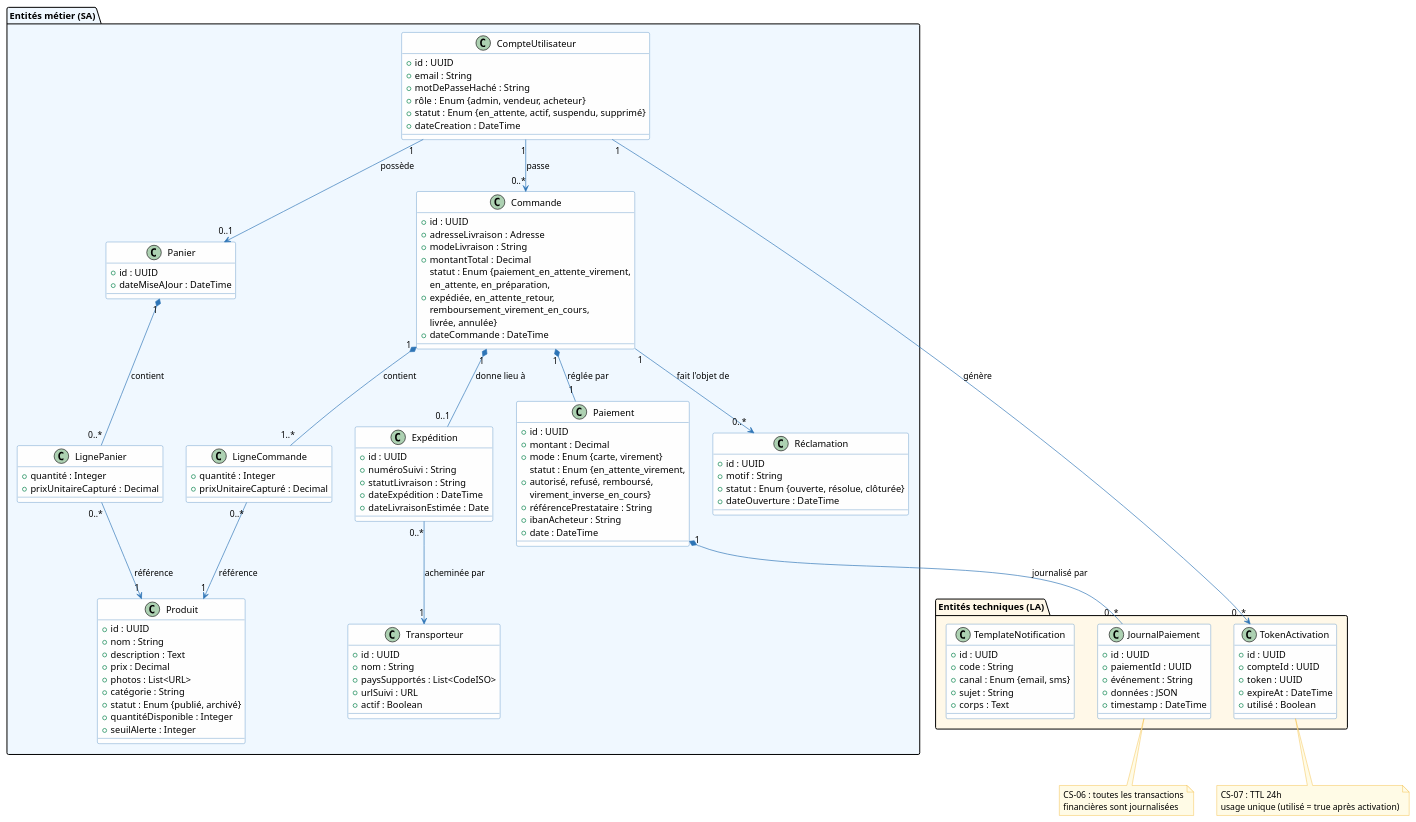
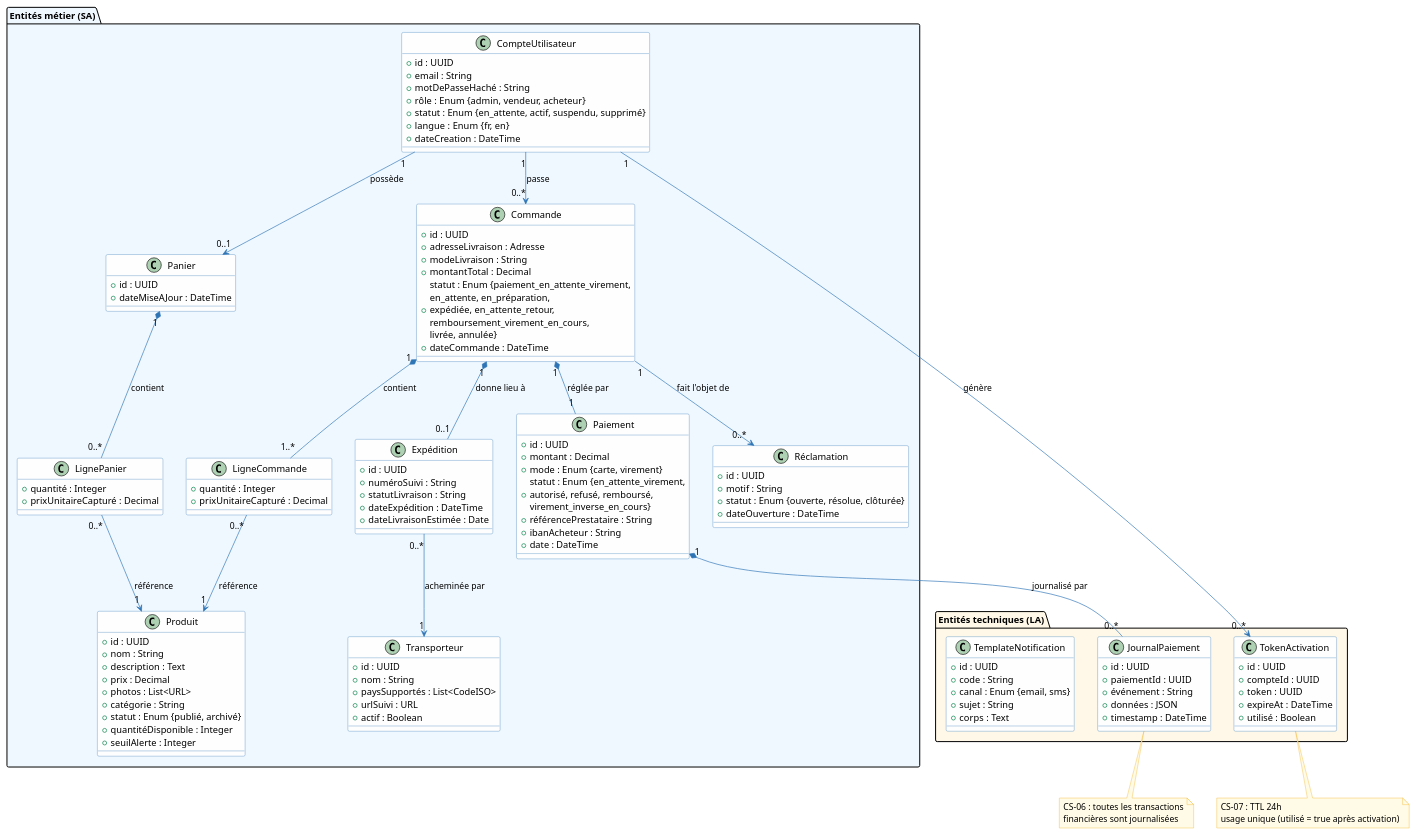
One commit to louistalvande/online_shop changed the seventh of 7 diagrams in architecture/03-logical-architecture/la.adoc. Above: the diagram before and after it, drawn with PlantUML. The commit also changed other lines of this file and 16 other files, not shown here.

```diff
--- a/architecture/03-logical-architecture/la.adoc
+++ b/architecture/03-logical-architecture/la.adoc
@@ -598,6 +598,7 @@
     + motDePasseHaché : String
     + rôle : Enum {admin, vendeur, acheteur}
     + statut : Enum {en_attente, actif, suspendu, supprimé}
+    + langue : Enum {fr, en}
     + dateCreation : DateTime
   }
 
```
